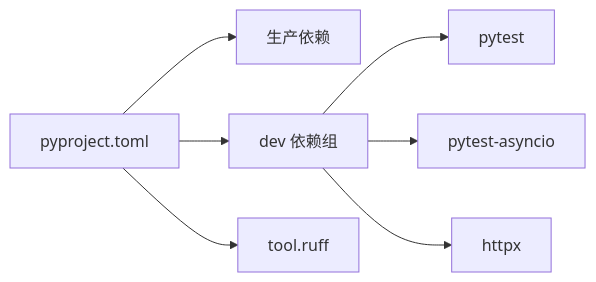
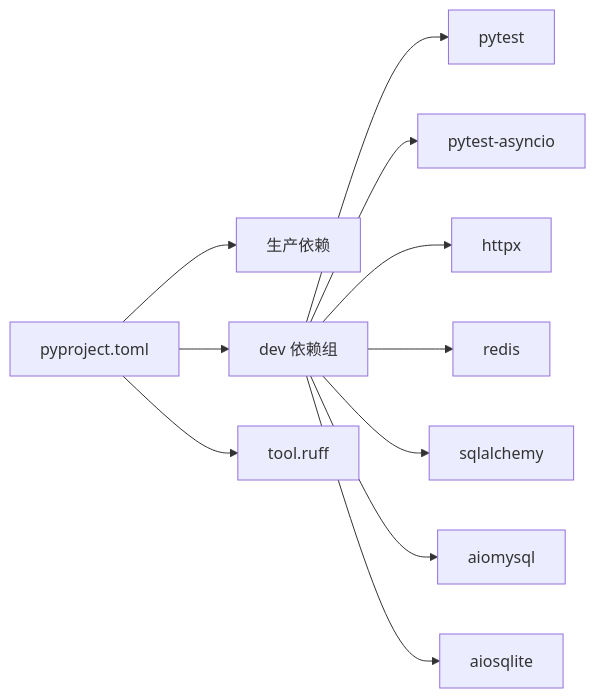
One commit to lilinzezzzzzz/fastapi-backend changed the fourth of 4 diagrams in .qoder/repowiki/zh/content/测试策略/测试配置.md. Above: the diagram before and after it, drawn with Mermaid. The commit also changed other lines of this file and 38 other files, not shown here.

````diff
--- a/.qoder/repowiki/zh/content/测试策略/测试配置.md
+++ b/.qoder/repowiki/zh/content/测试策略/测试配置.md
@@ -257,9 +323,13 @@
 ```mermaid
 graph LR
 A["pyproject.toml"] --> B["生产依赖"]
 A --> C["dev 依赖组"]
 C --> C1["pytest"]
 C --> C2["pytest-asyncio"]
 C --> C3["httpx"]
+C --> C4["redis"]
+C --> C5["sqlalchemy"]
+C --> C6["aiomysql"]
+C --> C7["aiosqlite"]
 A --> D["tool.ruff"]
 ```
````
